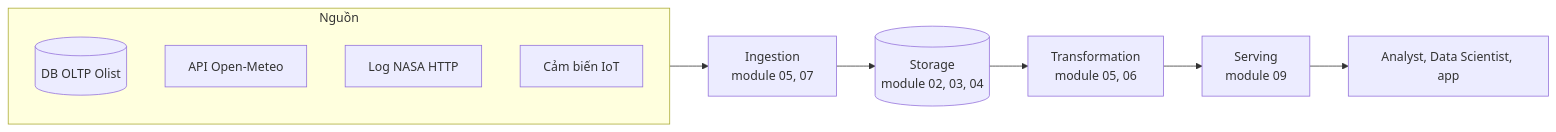
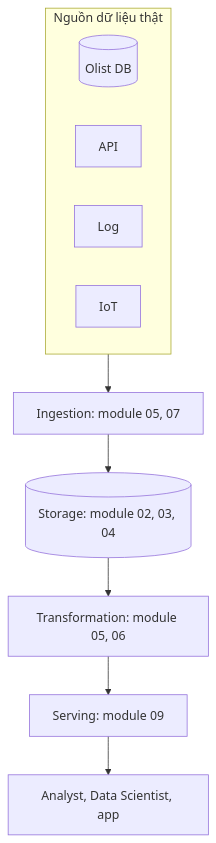
The first of 3 diagrams in tracks/data-engineer/modules/00-introduction/README.md (Buicongbang04/Learning_Platform), drawn with Mermaid before and after one commit. The commit also changed other lines of this file, not shown here.

Commit message:
Module 00: vẽ lại sơ đồ mermaid cho vừa cột nội dung ~600px, gói lại đoạn Logs

````diff
--- a/tracks/data-engineer/modules/00-introduction/README.md
+++ b/tracks/data-engineer/modules/00-introduction/README.md
@@ -14,14 +14,15 @@
 ```mermaid
-flowchart LR
-    subgraph SRC[Nguồn]
-        A1[(DB OLTP Olist)]
-        A2[API Open-Meteo]
-        A3[Log NASA HTTP]
-        A4[Cảm biến IoT]
+flowchart TB
+    subgraph SRC[Nguồn dữ liệu thật]
+        direction LR
+        A1[(Olist DB)]
+        A2[API]
+        A3[Log]
+        A4[IoT]
     end
-    SRC --> B[Ingestion<br/>module 05, 07]
-    B --> C[(Storage<br/>module 02, 03, 04)]
-    C --> D[Transformation<br/>module 05, 06]
-    D --> E[Serving<br/>module 09]
+    SRC --> B[Ingestion: module 05, 07]
+    B --> C[(Storage: module 02, 03, 04)]
+    C --> D[Transformation: module 05, 06]
+    D --> E[Serving: module 09]
     E --> F[Analyst, Data Scientist, app]
 ```
````
